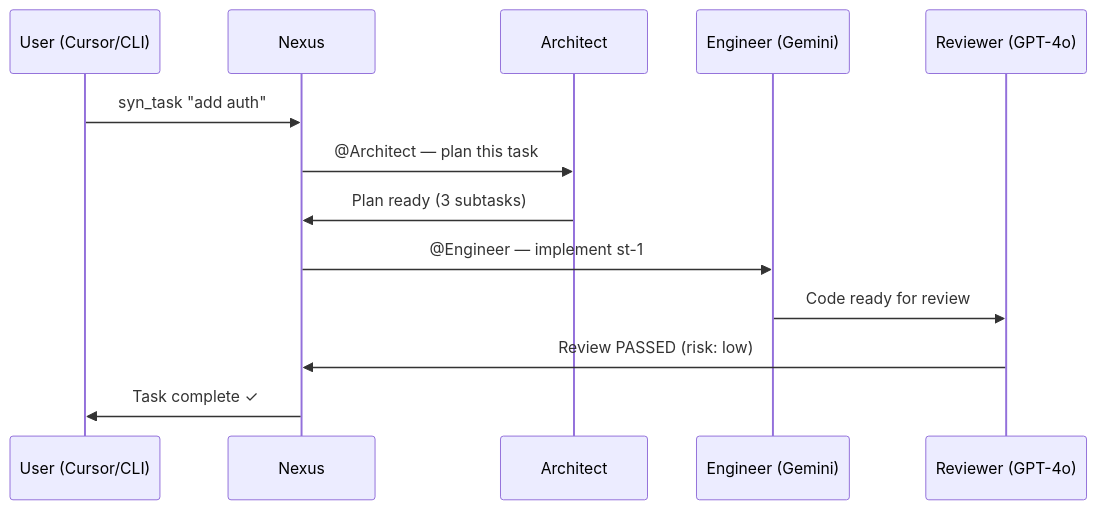
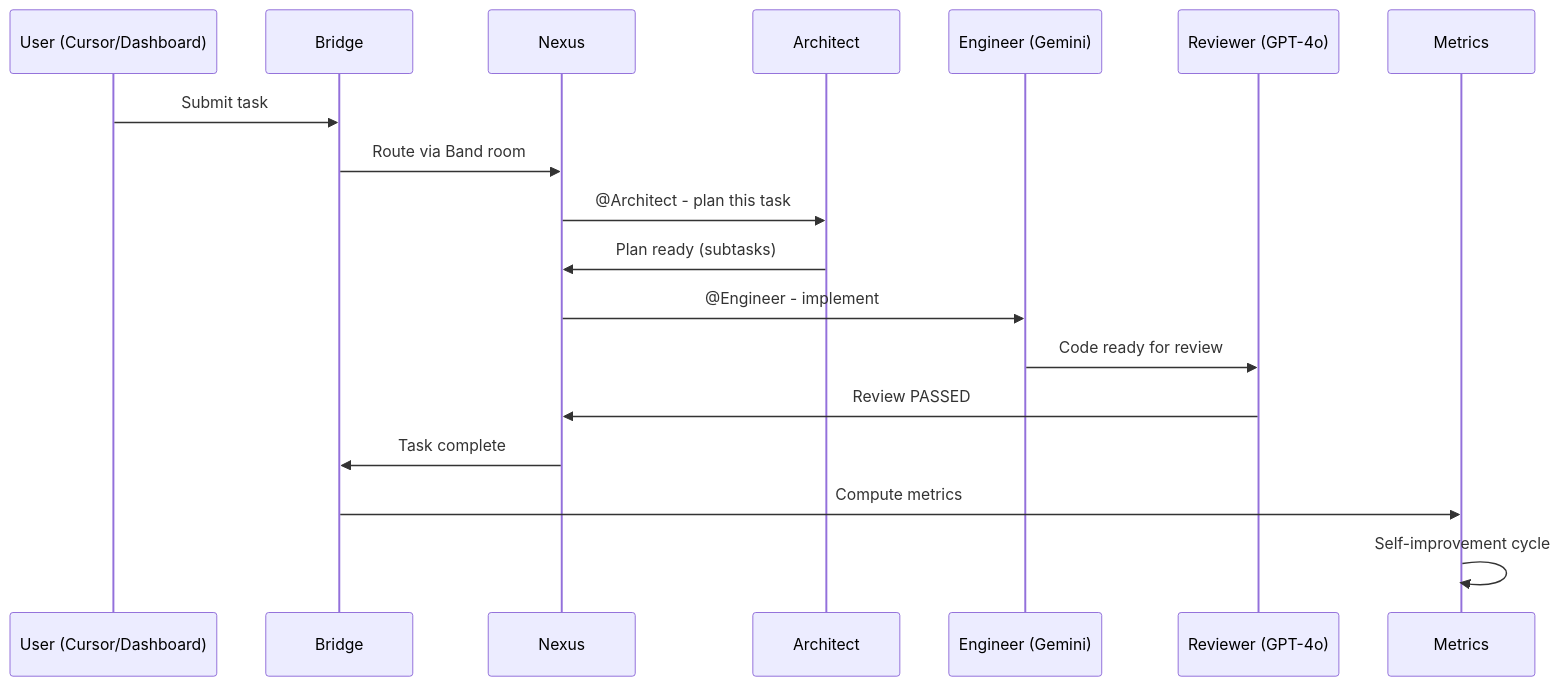
Before and after one commit to Adit-Jain-srm/Vibe-Syndicate: the second of 3 diagrams in README.md, drawn with Mermaid. The commit also changed other lines of this file, not shown here.

````diff
--- a/README.md
+++ b/README.md
@@ -67,16 +70,21 @@
 ```mermaid
 sequenceDiagram
-    participant U as User (Cursor/CLI)
+    participant U as User (Cursor/Dashboard)
+    participant B as Bridge
     participant N as Nexus
     participant A as Architect
     participant E as Engineer (Gemini)
     participant R as Reviewer (GPT-4o)
+    participant M as Metrics
 
-    U->>N: syn_task "add auth"
-    N->>A: @Architect — plan this task
-    A->>N: Plan ready (3 subtasks)
-    N->>E: @Engineer — implement st-1
+    U->>B: Submit task
+    B->>N: Route via Band room
+    N->>A: @Architect - plan this task
+    A->>N: Plan ready (subtasks)
+    N->>E: @Engineer - implement
     E->>R: Code ready for review
-    R->>N: Review PASSED (risk: low)
-    N->>U: Task complete ✓
+    R->>N: Review PASSED
+    N->>B: Task complete
+    B->>M: Compute metrics
+    M->>M: Self-improvement cycle
 ```
````
